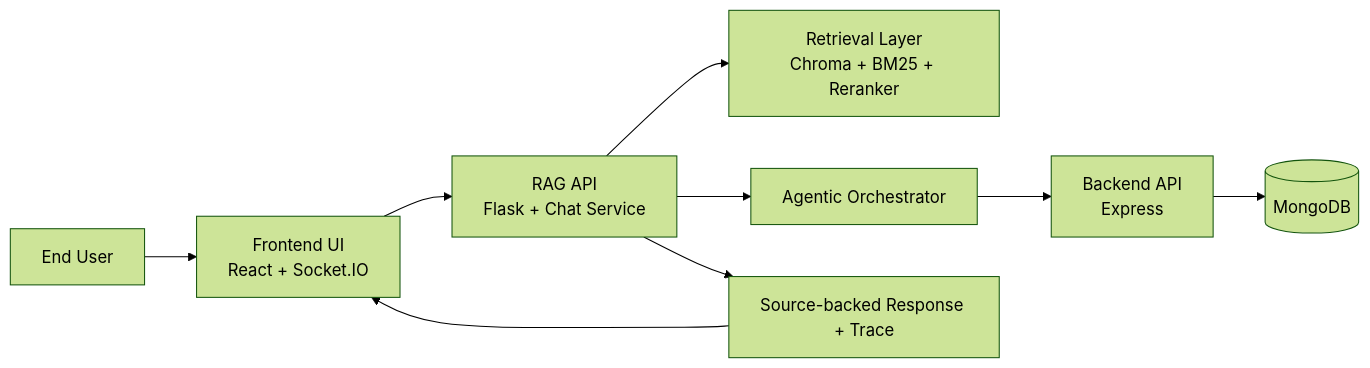
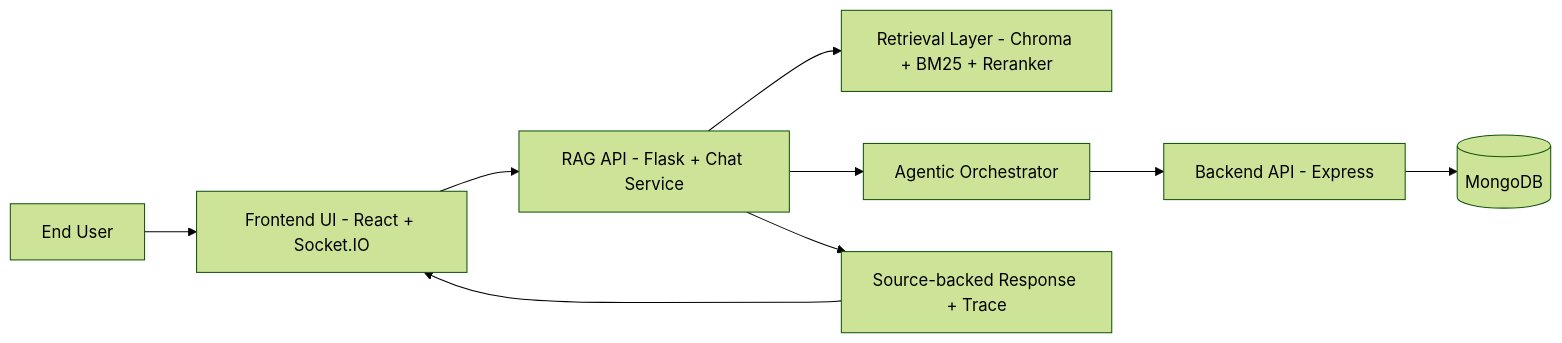
The first of 10 diagrams in README.md (yamposskype/AI-RAG-LangChain), drawn with Mermaid (forest theme) before and after one commit. The commit also changed other lines of this file and 11 other files, not shown here.

Commit message:
feat: improve error handling and notifications for backend API connectivity

````diff
--- a/README.md
+++ b/README.md
@@ -43,11 +43,11 @@
 ```mermaid
 graph LR
-    U[End User] --> FE[Frontend UI\nReact + Socket.IO]
-    FE --> RAG[RAG API\nFlask + Chat Service]
-    RAG --> RET[Retrieval Layer\nChroma + BM25 + Reranker]
+    U[End User] --> FE[Frontend UI - React + Socket.IO]
+    FE --> RAG[RAG API - Flask + Chat Service]
+    RAG --> RET[Retrieval Layer - Chroma + BM25 + Reranker]
     RAG --> ORCH[Agentic Orchestrator]
-    ORCH --> BE[Backend API\nExpress]
+    ORCH --> BE[Backend API - Express]
     BE --> DB[(MongoDB)]
     RAG --> RESP[Source-backed Response + Trace]
     RESP --> FE
 ```
````
